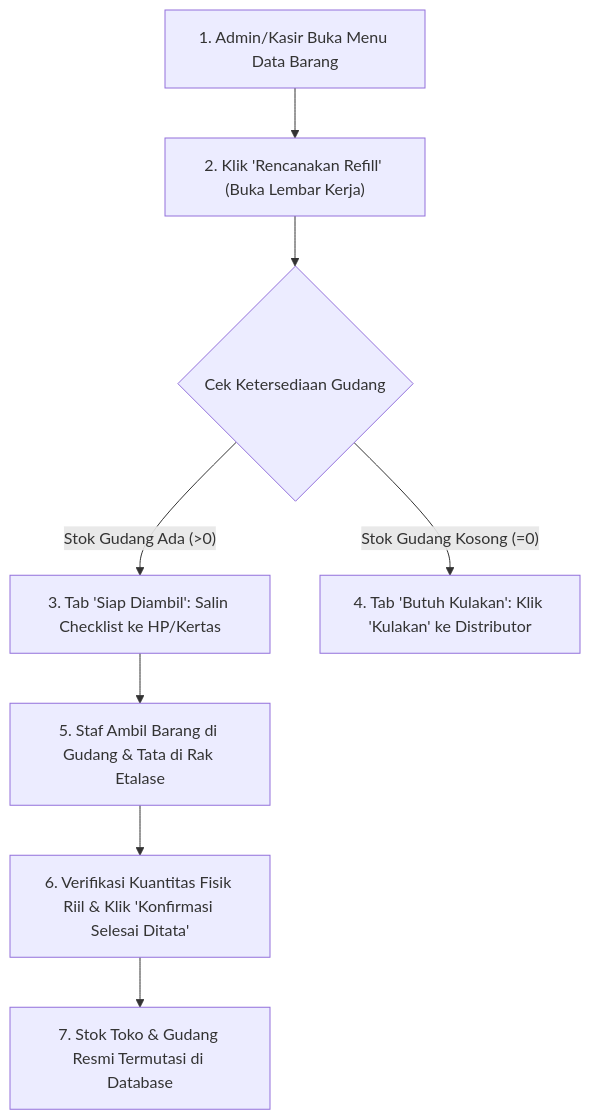
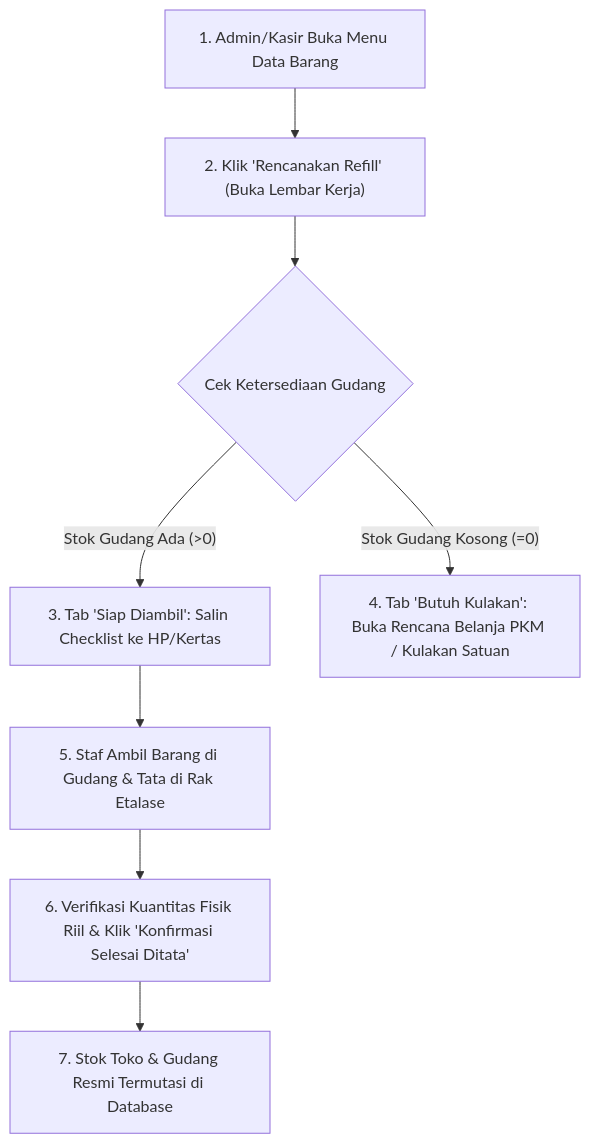
Before and after one commit to Nurdiansyah0/Koperasi_PK_Batam-V1.1.0: the second of 3 diagrams in SOP.md, drawn with Mermaid. The commit also changed other lines of this file and 5 other files, not shown here.

````diff
--- a/SOP.md
+++ b/SOP.md
@@ -252,10 +267,10 @@
 ```mermaid
 flowchart TD
     A["1. Admin/Kasir Buka Menu Data Barang"] --> B["2. Klik 'Rencanakan Refill' (Buka Lembar Kerja)"]
     B --> C{"Cek Ketersediaan Gudang"}
     C -- "Stok Gudang Ada (>0)" --> D["3. Tab 'Siap Diambil': Salin Checklist ke HP/Kertas"]
-    C -- "Stok Gudang Kosong (=0)" --> E["4. Tab 'Butuh Kulakan': Klik 'Kulakan' ke Distributor"]
+    C -- "Stok Gudang Kosong (=0)" --> E["4. Tab 'Butuh Kulakan': Buka Rencana Belanja PKM / Kulakan Satuan"]
     D --> F["5. Staf Ambil Barang di Gudang & Tata di Rak Etalase"]
     F --> G["6. Verifikasi Kuantitas Fisik Riil & Klik 'Konfirmasi Selesai Ditata'"]
     G --> H["7. Stok Toko & Gudang Resmi Termutasi di Database"]
 ```
````
